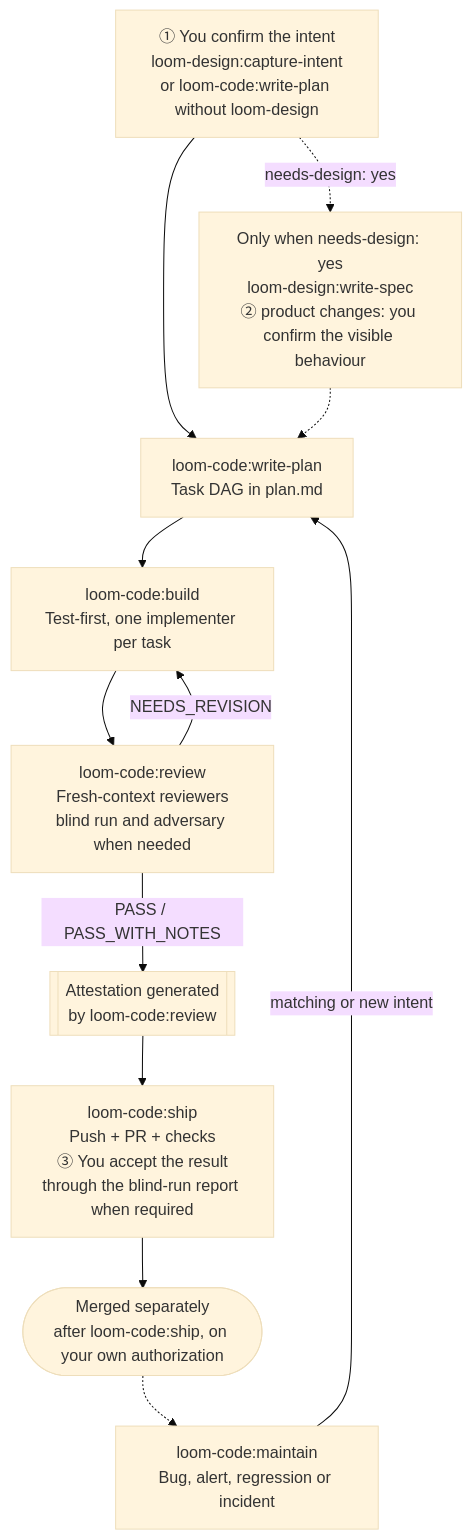
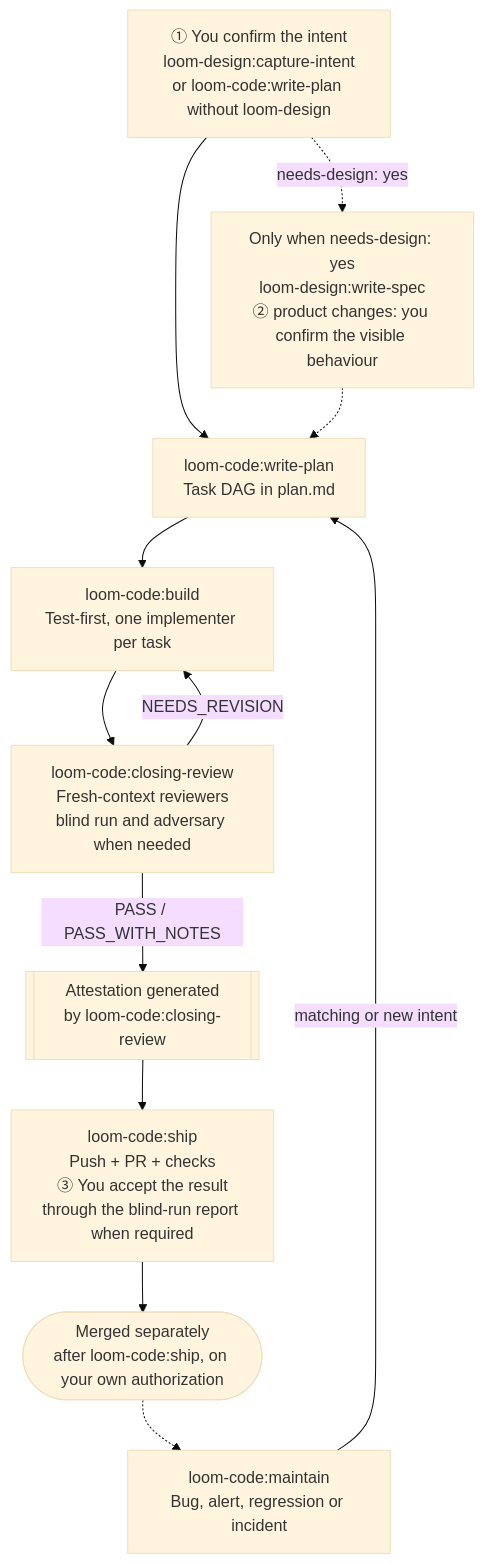
Before and after one commit to kouko/loom-plugins: the diagram in loom-code/README.md, drawn with Mermaid (base theme). The commit also changed other lines of this file and 91 other files, not shown here.

First line of the commit message:
feat(loom): support Antigravity CLI and rename review to closing-review (#8)

````diff
--- a/loom-code/README.md
+++ b/loom-code/README.md
@@ -19,24 +19,24 @@
 ```mermaid
 flowchart TD
     intent["① You confirm the intent<br/>loom-design:capture-intent<br/>or loom-code:write-plan without loom-design"]
     spec["Only when needs-design: yes<br/>loom-design:write-spec<br/>② product changes: you confirm the visible behaviour"]
     plan["loom-code:write-plan<br/>Task DAG in plan.md"]
     build["loom-code:build<br/>Test-first, one implementer per task"]
-    review["loom-code:review<br/>Fresh-context reviewers<br/>blind run and adversary when needed"]
-    attest[["Attestation generated<br/>by loom-code:review"]]
+    review["loom-code:closing-review<br/>Fresh-context reviewers<br/>blind run and adversary when needed"]
+    attest[["Attestation generated<br/>by loom-code:closing-review"]]
     ship["loom-code:ship<br/>Push + PR + checks<br/>③ You accept the result<br/>through the blind-run report when required"]
     merged(["Merged separately<br/>after loom-code:ship, on your own authorization"])
     maintain["loom-code:maintain<br/>Bug, alert, regression or incident"]
 
     intent --> plan
     intent -.->|"needs-design: yes"| spec
     spec -.-> plan
     plan --> build
     build --> review
     review -->|"NEEDS_REVISION"| build
     review -->|"PASS / PASS_WITH_NOTES"| attest
     attest --> ship
     ship --> merged
     merged -.-> maintain
     maintain -->|"matching or new intent"| plan
 ```
````
